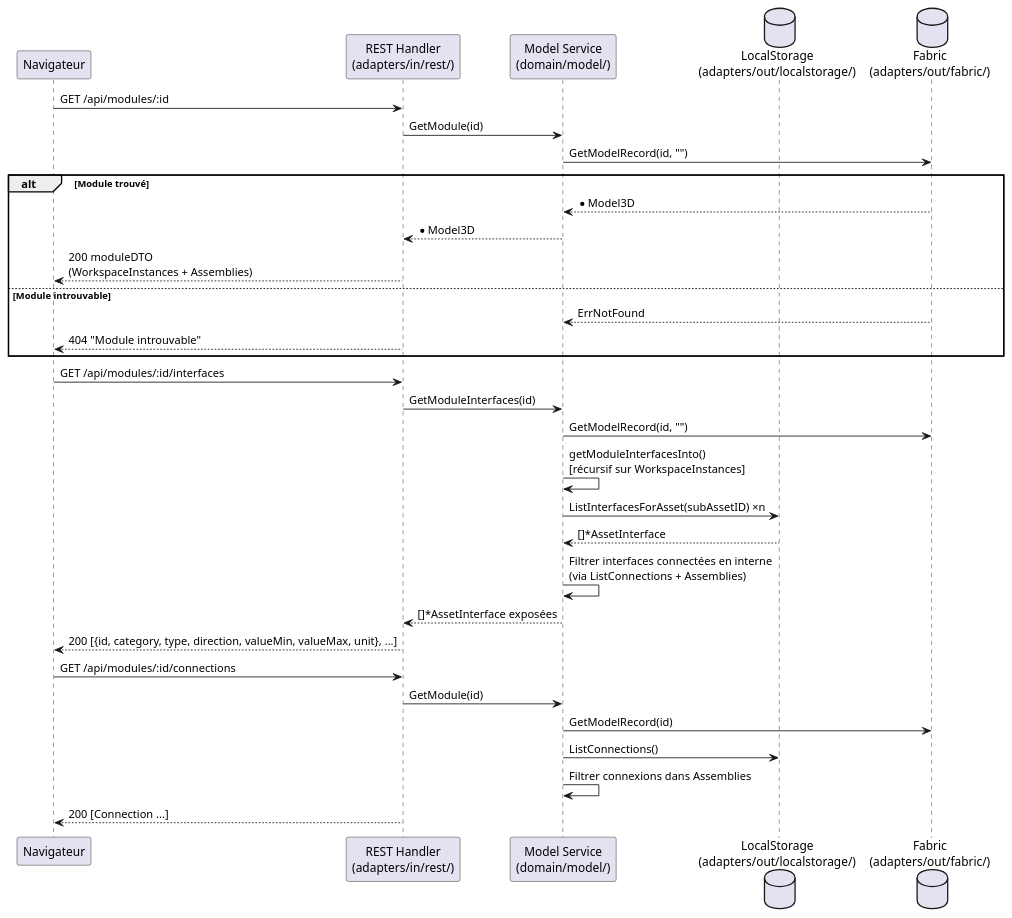
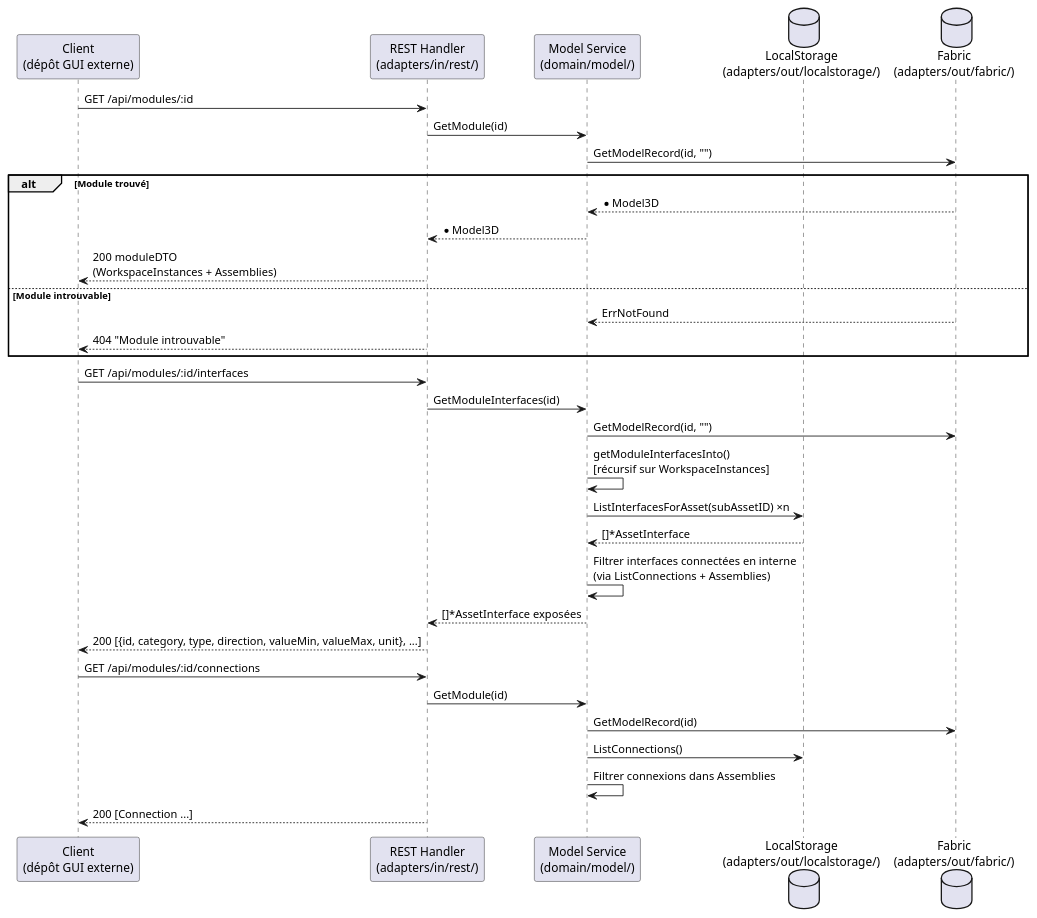
Before and after one commit to olivaux/myr: the second of 2 diagrams in specs/2-Analyse/UCMOD-Module/UCMOD04.md, drawn with PlantUML. The commit also changed other lines of this file and 72 other files, not shown here.

````diff
--- a/specs/2-Analyse/UCMOD-Module/UCMOD04.md
+++ b/specs/2-Analyse/UCMOD-Module/UCMOD04.md
@@ -96,39 +86,39 @@
 ```plantuml
 @startuml
-participant "Navigateur" as Browser
+participant "Client\n(dépôt GUI externe)" as Client
 participant "REST Handler\n(adapters/in/rest/)" as REST
 participant "Model Service\n(domain/model/)" as Service
 database "LocalStorage\n(adapters/out/localstorage/)" as Local
 database "Fabric\n(adapters/out/fabric/)" as Fabric
 
-Browser -> REST : GET /api/modules/:id
+Client -> REST : GET /api/modules/:id
 REST -> Service : GetModule(id)
 Service -> Fabric : GetModelRecord(id, "")
 
 alt Module trouvé
     Fabric --> Service : *Model3D
     Service --> REST : *Model3D
-    REST --> Browser : 200 moduleDTO\n(WorkspaceInstances + Assemblies)
+    REST --> Client : 200 moduleDTO\n(WorkspaceInstances + Assemblies)
 else Module introuvable
     Fabric --> Service : ErrNotFound
-    REST --> Browser : 404 "Module introuvable"
+    REST --> Client : 404 "Module introuvable"
 end
 
-Browser -> REST : GET /api/modules/:id/interfaces
+Client -> REST : GET /api/modules/:id/interfaces
 REST -> Service : GetModuleInterfaces(id)
 Service -> Fabric : GetModelRecord(id, "")
 Service -> Service : getModuleInterfacesInto()\n[récursif sur WorkspaceInstances]
 Service -> Local : ListInterfacesForAsset(subAssetID) ×n
 Local --> Service : []*AssetInterface
 Service -> Service : Filtrer interfaces connectées en interne\n(via ListConnections + Assemblies)
 Service --> REST : []*AssetInterface exposées
-REST --> Browser : 200 [{id, category, type, direction, valueMin, valueMax, unit}, ...]
+REST --> Client : 200 [{id, category, type, direction, valueMin, valueMax, unit}, ...]
 
-Browser -> REST : GET /api/modules/:id/connections
+Client -> REST : GET /api/modules/:id/connections
 REST -> Service : GetModule(id)
 Service -> Fabric : GetModelRecord(id)
 Service -> Local : ListConnections()
 Service -> Service : Filtrer connexions dans Assemblies
-REST --> Browser : 200 [Connection ...]
+REST --> Client : 200 [Connection ...]
 @enduml
 ```
````
